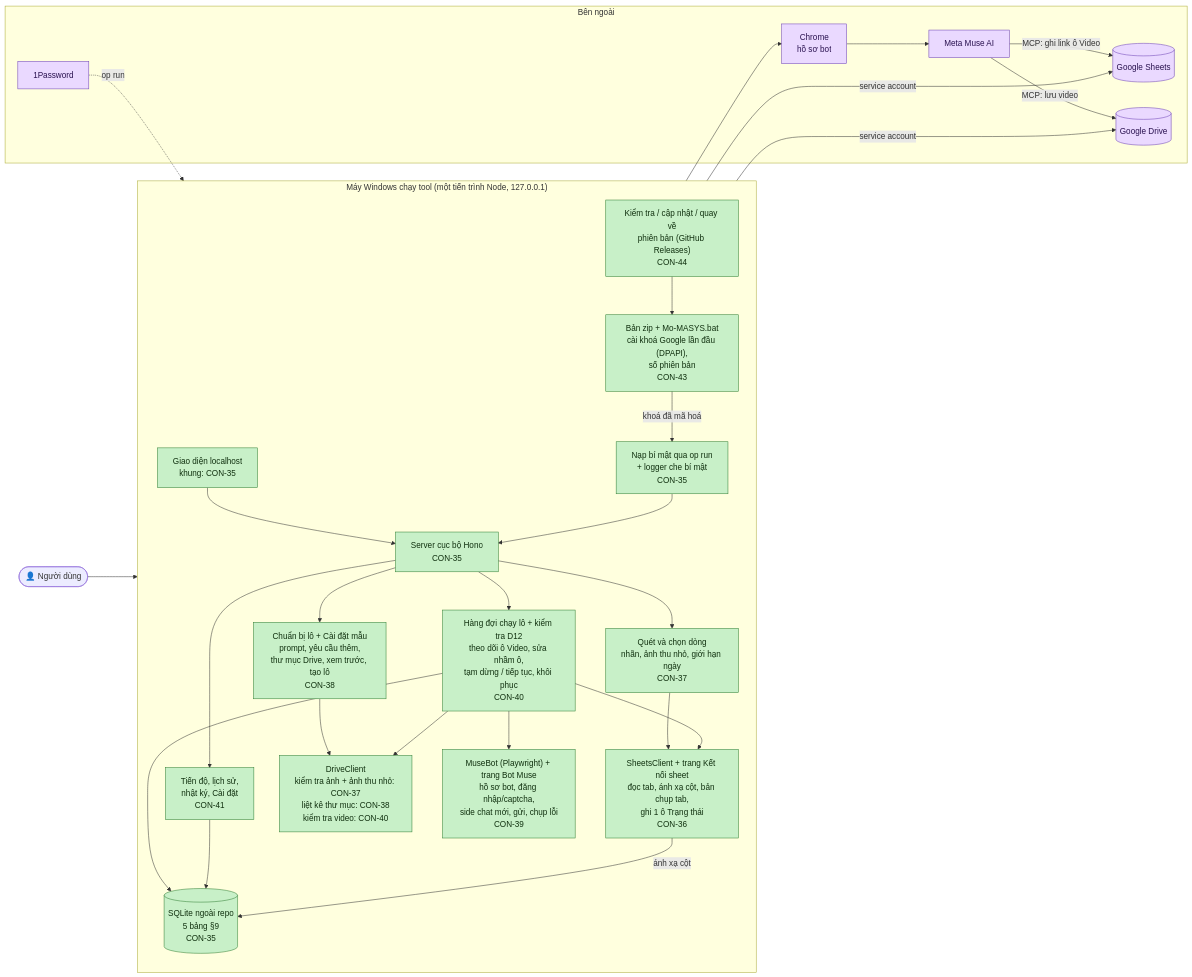
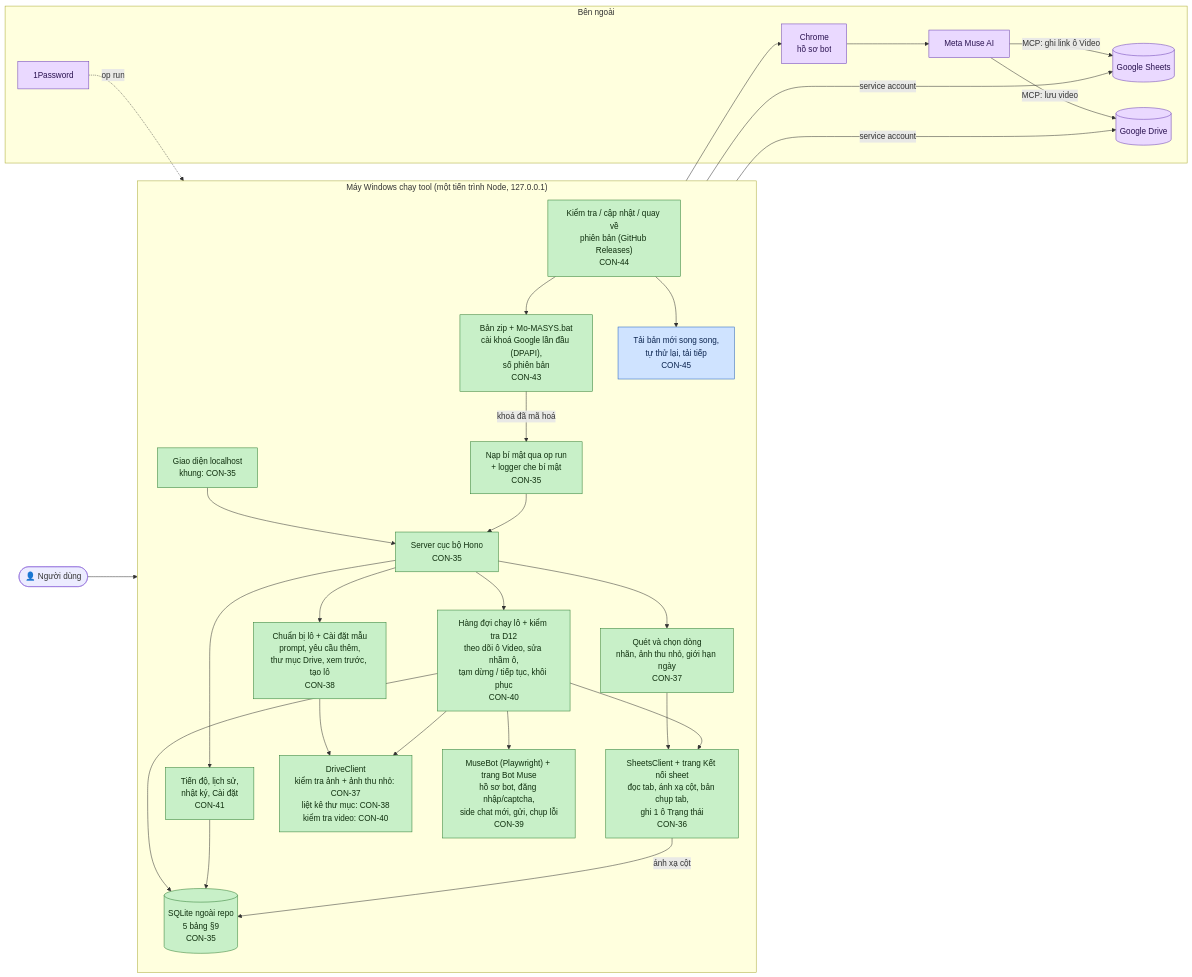
Before and after one commit to Bach1711/MASYS-VIDEO-GENERATOR: the diagram in TIEN-DO.md, drawn with Mermaid. The commit also changed other lines of this file and 8 other files, not shown here.

First line of the commit message:
CON-45: v1.0.2 — cập nhật trong tool tải song song, tự thử lại, tải tiếp khi mạng chập chờn

````diff
--- a/TIEN-DO.md
+++ b/TIEN-DO.md
@@ -17,63 +17,66 @@
 ```mermaid
 flowchart LR
     user(["👤 Người dùng"])
 
     subgraph PC["Máy Windows chạy tool (một tiến trình Node, 127.0.0.1)"]
         direction TB
         ui["Giao diện localhost<br/>khung: CON-35"]
         server["Server cục bộ Hono<br/>CON-35"]
         secrets["Nạp bí mật qua op run<br/>+ logger che bí mật<br/>CON-35"]
         db[("SQLite ngoài repo<br/>5 bảng §9<br/>CON-35")]
 
         sheet["SheetsClient + trang Kết nối sheet<br/>đọc tab, ánh xạ cột, bản chụp tab,<br/>ghi 1 ô Trạng thái<br/>CON-36"]
         scan["Quét và chọn dòng<br/>nhãn, ảnh thu nhỏ, giới hạn ngày<br/>CON-37"]
         editor["Chuẩn bị lô + Cài đặt mẫu<br/>prompt, yêu cầu thêm,<br/>thư mục Drive, xem trước, tạo lô<br/>CON-38"]
         bot["MuseBot (Playwright) + trang Bot Muse<br/>hồ sơ bot, đăng nhập/captcha,<br/>side chat mới, gửi, chụp lỗi<br/>CON-39"]
         queue["Hàng đợi chạy lô + kiểm tra D12<br/>theo dõi ô Video, sửa nhầm ô,<br/>tạm dừng / tiếp tục, khôi phục<br/>CON-40"]
         drive["DriveClient<br/>kiểm tra ảnh + ảnh thu nhỏ: CON-37<br/>liệt kê thư mục: CON-38<br/>kiểm tra video: CON-40"]
         progress["Tiến độ, lịch sử,<br/>nhật ký, Cài đặt<br/>CON-41"]
         pack["Bản zip + Mo-MASYS.bat<br/>cài khoá Google lần đầu (DPAPI),<br/>số phiên bản<br/>CON-43"]
         update["Kiểm tra / cập nhật / quay về<br/>phiên bản (GitHub Releases)<br/>CON-44"]
+        download["Tải bản mới song song,<br/>tự thử lại, tải tiếp<br/>CON-45"]
     end
 
     subgraph EXT["Bên ngoài"]
         gsheets[("Google Sheets")]
         gdrive[("Google Drive")]
         chrome["Chrome<br/>hồ sơ bot"]
         muse["Meta Muse AI"]
         op["1Password"]
     end
 
     user --> ui --> server
     server --> scan & editor & progress
     scan --> sheet
     editor --> drive
     server --> queue
     queue --> sheet & drive & bot
     queue --> db
     progress --> db
     sheet -- "ánh xạ cột" --> db
     sheet -- "service account" --> gsheets
     drive -- "service account" --> gdrive
     bot --> chrome --> muse
     muse -- "MCP: lưu video" --> gdrive
     muse -- "MCP: ghi link ô Video" --> gsheets
     op -. "op run" .-> secrets --> server
     pack -- "khoá đã mã hoá" --> secrets
     update --> pack
+    update --> download
 
     classDef done fill:#c8f0c8,stroke:#2e7d32,color:#10300f
     classDef review fill:#cfe3ff,stroke:#1f5fbf,color:#0c2550
     classDef doing fill:#fff1b8,stroke:#b38600,color:#3d2e00
     classDef todo fill:#eeeeee,stroke:#9e9e9e,color:#333333
     classDef ext fill:#ead9ff,stroke:#6a3fb5,color:#2a1250
 
     class ui,server,secrets,db,sheet,scan,editor done
     class drive done
     class bot done
     class queue done
     class progress done
     class pack done
     class update done
+    class download review
     class gsheets,gdrive,chrome,muse,op ext
 ```
````
